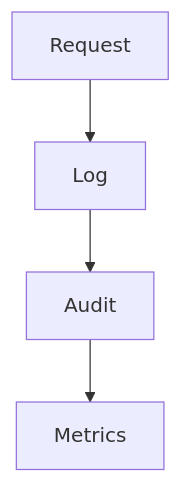
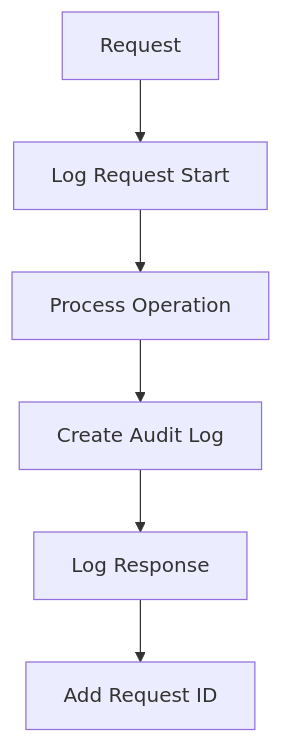
One commit to mentally-gamez-soft/ipfs-gateway changed the diagram in user-stories/US-008-logging-audit-monitoring.md. Above: the diagram before and after it, drawn with Mermaid. The commit also changed other lines of this file and 4 other files, not shown here.

````diff
--- a/user-stories/US-008-logging-audit-monitoring.md
+++ b/user-stories/US-008-logging-audit-monitoring.md
@@ -22,6 +46,8 @@
 ```mermaid
 flowchart TD
-A[Request] --> B[Log]
-B --> C[Audit]
-C --> D[Metrics]
+A[Request] --> B[Log Request Start]
+B --> C[Process Operation]
+C --> D[Create Audit Log]
+D --> E[Log Response]
+E --> F[Add Request ID]
 ```
````
